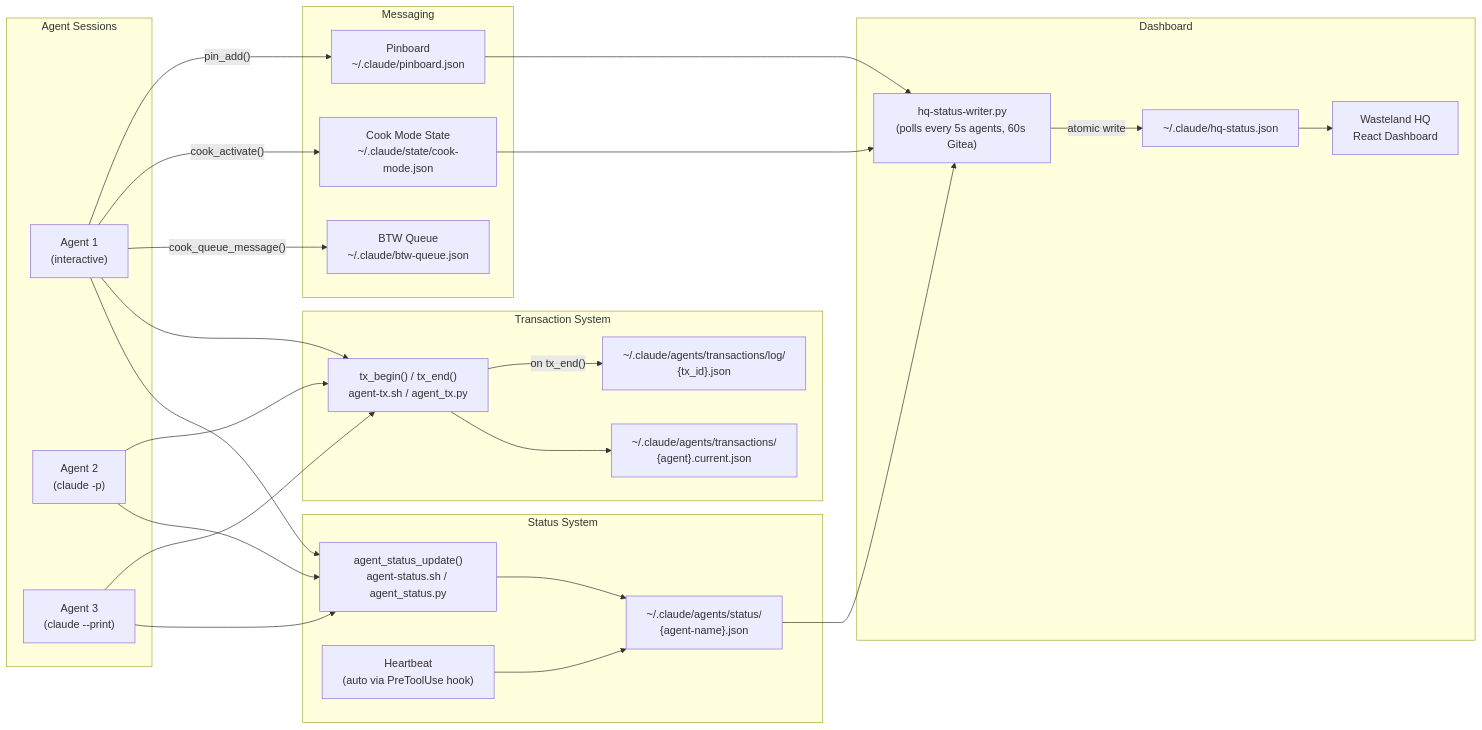
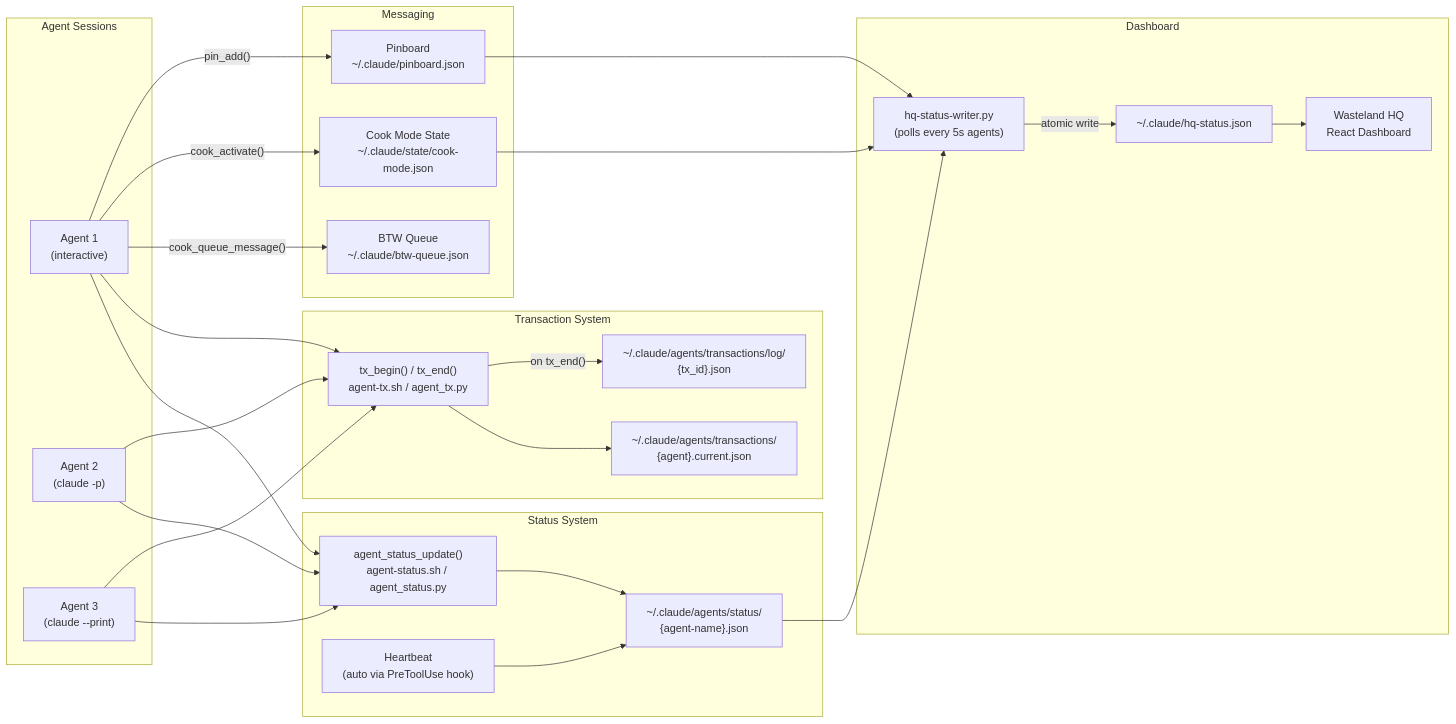
The fourth of 7 diagrams in README.md (WastelandWares/wasteland-orchestrator), drawn with Mermaid before and after one commit. The commit also changed other lines of this file and 14 other files, not shown here.

````diff
--- a/README.md
+++ b/README.md
@@ -212,49 +200,49 @@
 ```mermaid
 graph LR
     subgraph "Agent Sessions"
         A1["Agent 1<br/>(interactive)"]
         A2["Agent 2<br/>(claude -p)"]
         A3["Agent 3<br/>(claude --print)"]
     end
 
     subgraph "Status System"
         SS["agent_status_update()<br/>agent-status.sh / agent_status.py"]
         SF["~/.claude/agents/status/<br/>{agent-name}.json"]
         HB["Heartbeat<br/>(auto via PreToolUse hook)"]
     end
 
     subgraph "Transaction System"
         TXB["tx_begin() / tx_end()<br/>agent-tx.sh / agent_tx.py"]
         TXF["~/.claude/agents/transactions/<br/>{agent}.current.json"]
         TXL["~/.claude/agents/transactions/log/<br/>{tx_id}.json"]
     end
 
     subgraph "Messaging"
         BTW["BTW Queue<br/>~/.claude/btw-queue.json"]
         COOK["Cook Mode State<br/>~/.claude/state/cook-mode.json"]
         PINB["Pinboard<br/>~/.claude/pinboard.json"]
     end
 
     subgraph "Dashboard"
-        HQW["hq-status-writer.py<br/>(polls every 5s agents, 60s Gitea)"]
+        HQW["hq-status-writer.py<br/>(polls every 5s agents)"]
         HQJ["~/.claude/hq-status.json"]
         HQUI["Wasteland HQ<br/>React Dashboard"]
     end
 
     A1 & A2 & A3 --> SS
     SS --> SF
     HB --> SF
     A1 & A2 & A3 --> TXB
     TXB --> TXF
     TXB -->|"on tx_end()"| TXL
 
     A1 -->|"cook_queue_message()"| BTW
     A1 -->|"cook_activate()"| COOK
     A1 -->|"pin_add()"| PINB
 
     SF --> HQW
     PINB --> HQW
     COOK --> HQW
     HQW -->|"atomic write"| HQJ
     HQJ --> HQUI
 ```
````
